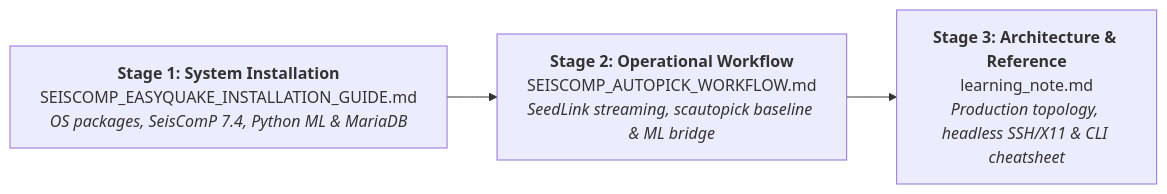
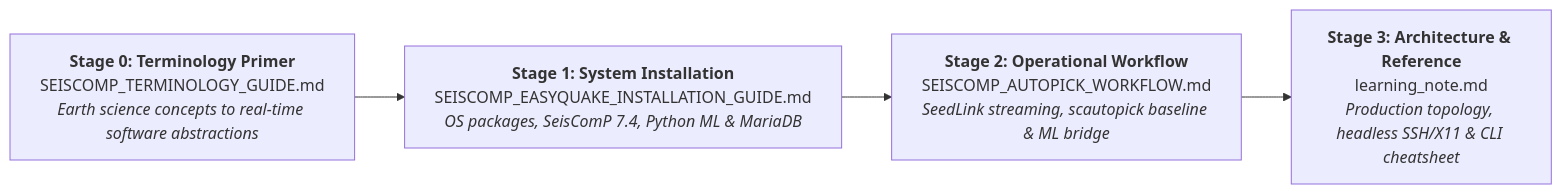
Before and after one commit to Hy-X/sceasyquake_installation_guide: the diagram in README.md, drawn with Mermaid. The commit also changed other lines of this file and 3 other files, not shown here.

Commit message:
docs: add comprehensive SeisComP terminology primer and stage 0 documentation

````diff
--- a/README.md
+++ b/README.md
@@ -49,6 +49,7 @@
 ```mermaid
 flowchart LR
-    Stage1["<b>Stage 1: System Installation</b><br/>SEISCOMP_EASYQUAKE_INSTALLATION_GUIDE.md<br/><i>OS packages, SeisComP 7.4, Python ML & MariaDB</i>"]
+    Stage0["<b>Stage 0: Terminology Primer</b><br/>SEISCOMP_TERMINOLOGY_GUIDE.md<br/><i>Earth science concepts to real-time software abstractions</i>"]
+    --> Stage1["<b>Stage 1: System Installation</b><br/>SEISCOMP_EASYQUAKE_INSTALLATION_GUIDE.md<br/><i>OS packages, SeisComP 7.4, Python ML & MariaDB</i>"]
     --> Stage2["<b>Stage 2: Operational Workflow</b><br/>SEISCOMP_AUTOPICK_WORKFLOW.md<br/><i>SeedLink streaming, scautopick baseline & ML bridge</i>"]
     --> Stage3["<b>Stage 3: Architecture & Reference</b><br/>learning_note.md<br/><i>Production topology, headless SSH/X11 & CLI cheatsheet</i>"]
 ```
````
